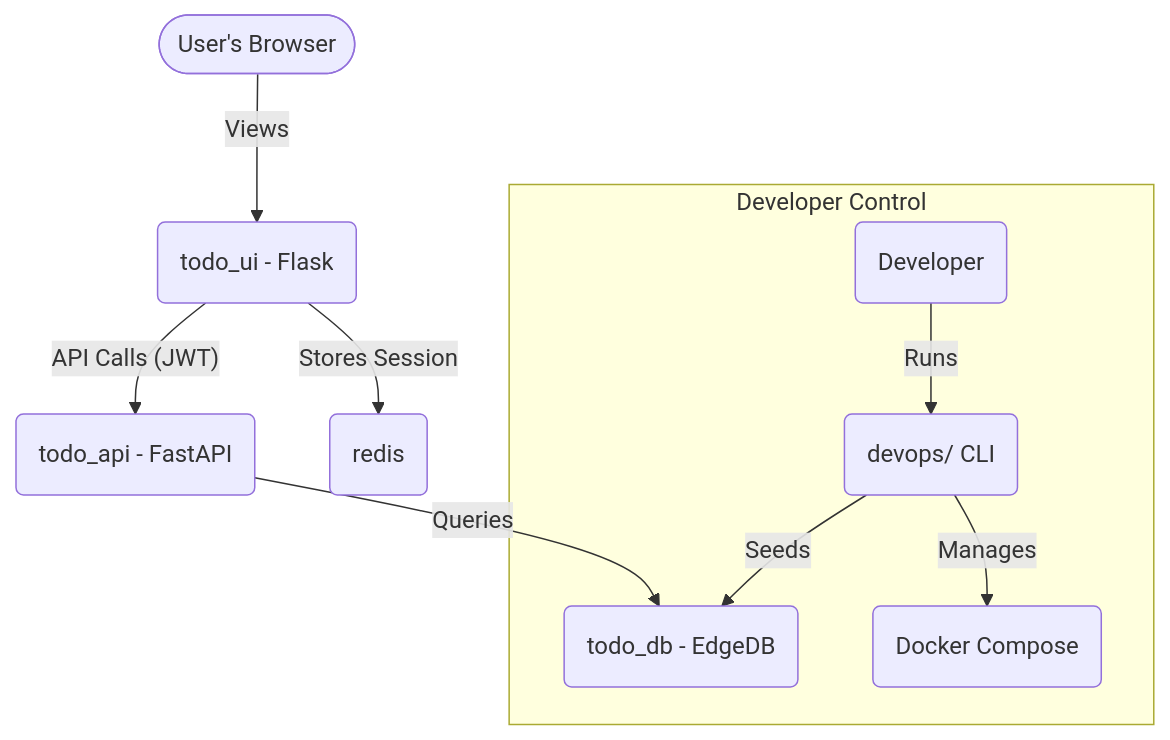
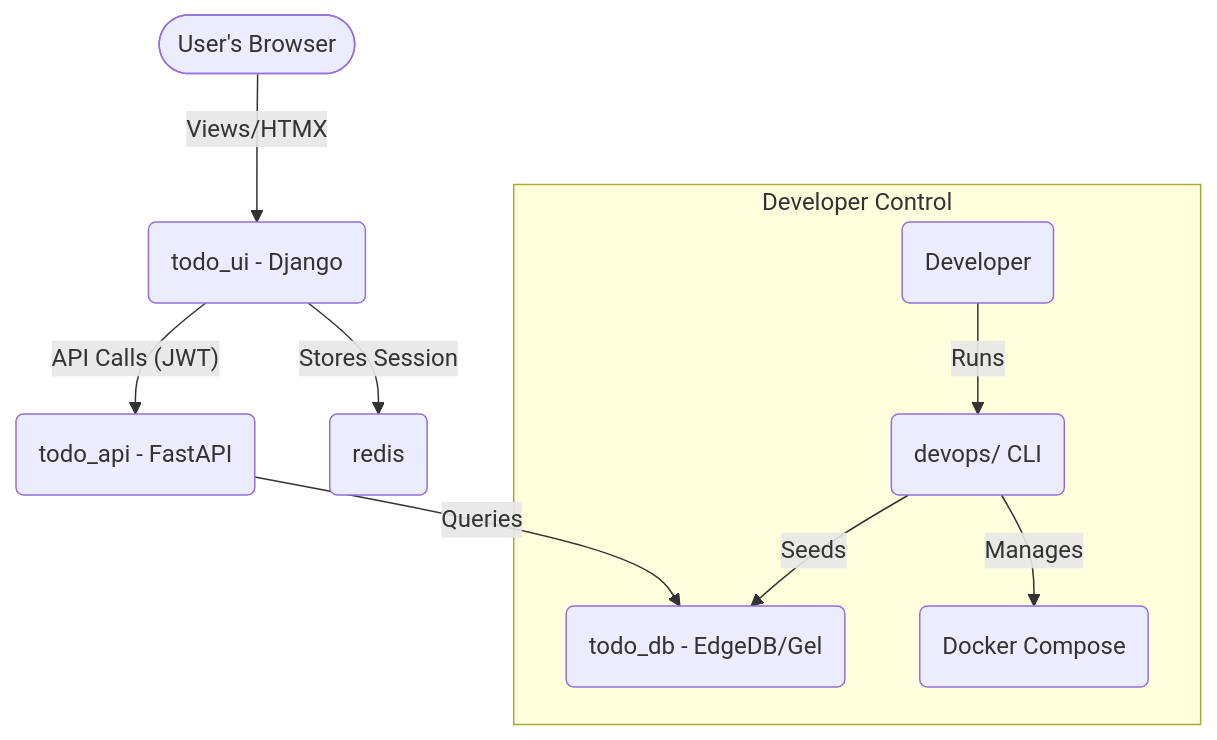
The first of 2 diagrams in README.md (2masa/django_full_stack_todo), drawn with Mermaid before and after one commit. The commit also changed other lines of this file and 31 other files, not shown here.

Commit message:
django full stack todo completed.

````diff
--- a/README.md
+++ b/README.md
@@ -40,13 +40,13 @@
 ```mermaid
 graph TD
-    User([User's Browser]) -- Views --> UI(todo_ui - Flask);
+    User([User's Browser]) -- Views/HTMX --> UI(todo_ui - Django);
     UI -- Stores Session --> Redis(redis);
     UI -- API Calls (JWT) --> API(todo_api - FastAPI);
-    API -- Queries --> DB(todo_db - EdgeDB);
+    API -- Queries --> DB(todo_db - EdgeDB/Gel);
 
     subgraph "Developer Control"
         Dev(Developer) -- Runs --> CLI(devops/ CLI);
         CLI -- Manages --> Docker(Docker Compose);
         CLI -- Seeds --> DB;
     end
 ```
````
